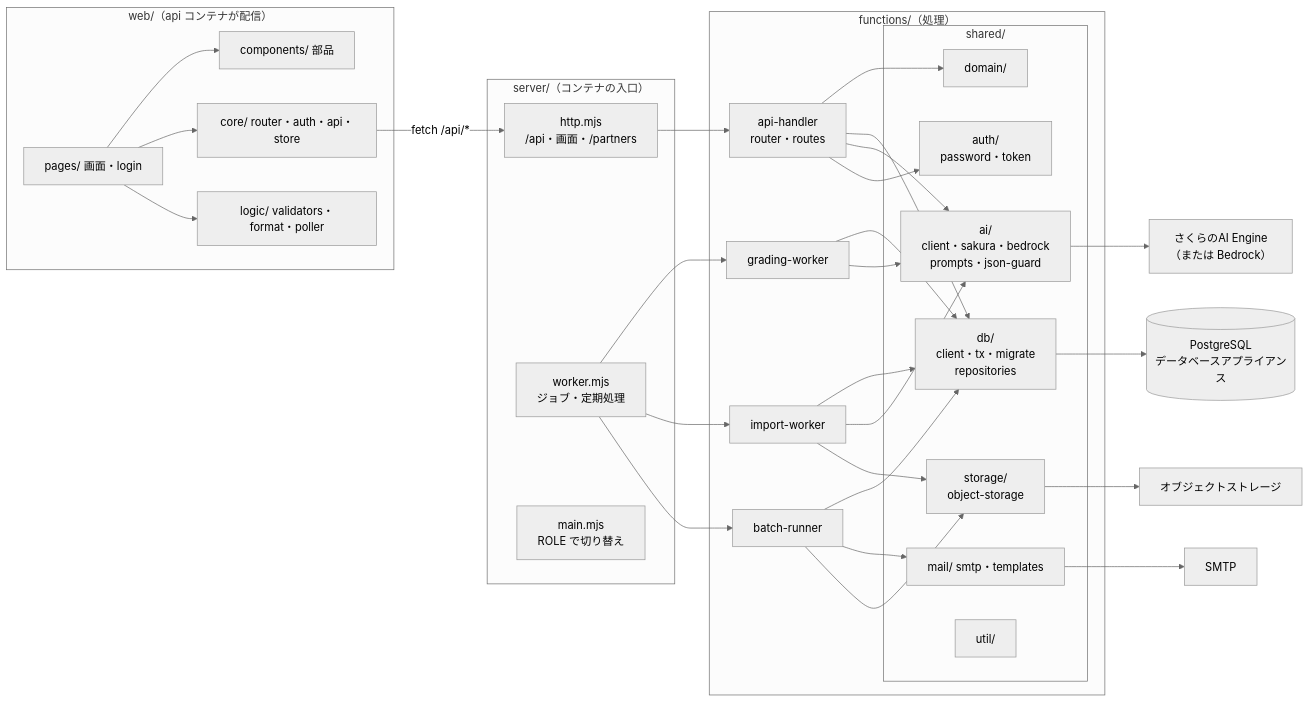
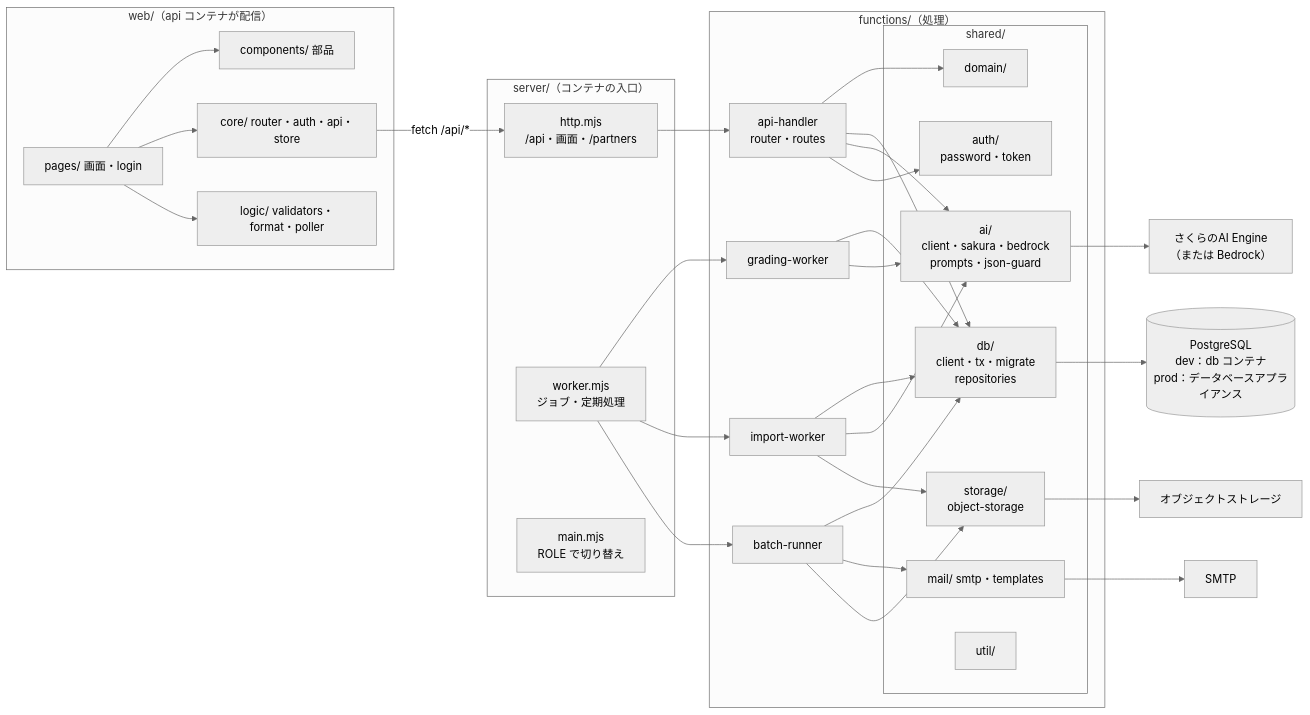
The first of 14 diagrams in documents/詳細設計書_RPG学習アプリ.md (pocarialice/rpglearning), drawn with Mermaid (neutral theme) before and after one commit. The commit also changed other lines of this file and 5 other files, not shown here.

````diff
--- a/documents/詳細設計書_RPG学習アプリ.md
+++ b/documents/詳細設計書_RPG学習アプリ.md
@@ -97,49 +59,49 @@
 ```mermaid
 flowchart LR
   subgraph WEB["web/（api コンテナが配信）"]
     PG["pages/ 画面・login"] --> CMP["components/ 部品"]
     PG --> CORE["core/ router・auth・api・store"]
     PG --> LOGIC["logic/ validators・format・poller"]
   end
   subgraph SV["server/（コンテナの入口）"]
     HTTP["http.mjs<br>/api・画面・/partners"]
     WK["worker.mjs<br>ジョブ・定期処理"]
     MAIN["main.mjs<br>ROLE で切り替え"]
   end
   subgraph FN["functions/（処理）"]
     API["api-handler<br>router・routes"]
     GRD["grading-worker"]
     IMP["import-worker"]
     BAT["batch-runner"]
     subgraph SH["shared/"]
       DOM["domain/"]
       DB["db/<br>client・tx・migrate<br>repositories"]
       AI["ai/<br>client・sakura・bedrock<br>prompts・json-guard"]
       AU["auth/<br>password・token"]
       ST["storage/<br>object-storage"]
       ML["mail/ smtp・templates"]
       UT["util/"]
     end
   end
   CORE -->|"fetch /api/*"| HTTP
   HTTP --> API
   WK --> GRD
   WK --> IMP
   WK --> BAT
   API --> DOM
   API --> DB
   API --> AI
   API --> AU
   GRD --> DB
   GRD --> AI
   IMP --> DB
   IMP --> AI
   IMP --> ST
   BAT --> DB
   BAT --> ML
   BAT --> ST
-  DB --> PGDB[("PostgreSQL<br>データベースアプライアンス")]
+  DB --> PGDB[("PostgreSQL<br>dev：db コンテナ<br>prod：データベースアプライアンス")]
   AI --> AIE["さくらのAI Engine<br>（または Bedrock）"]
   ST --> OBJ["オブジェクトストレージ"]
   ML --> SMTP["SMTP"]
 ```
````
